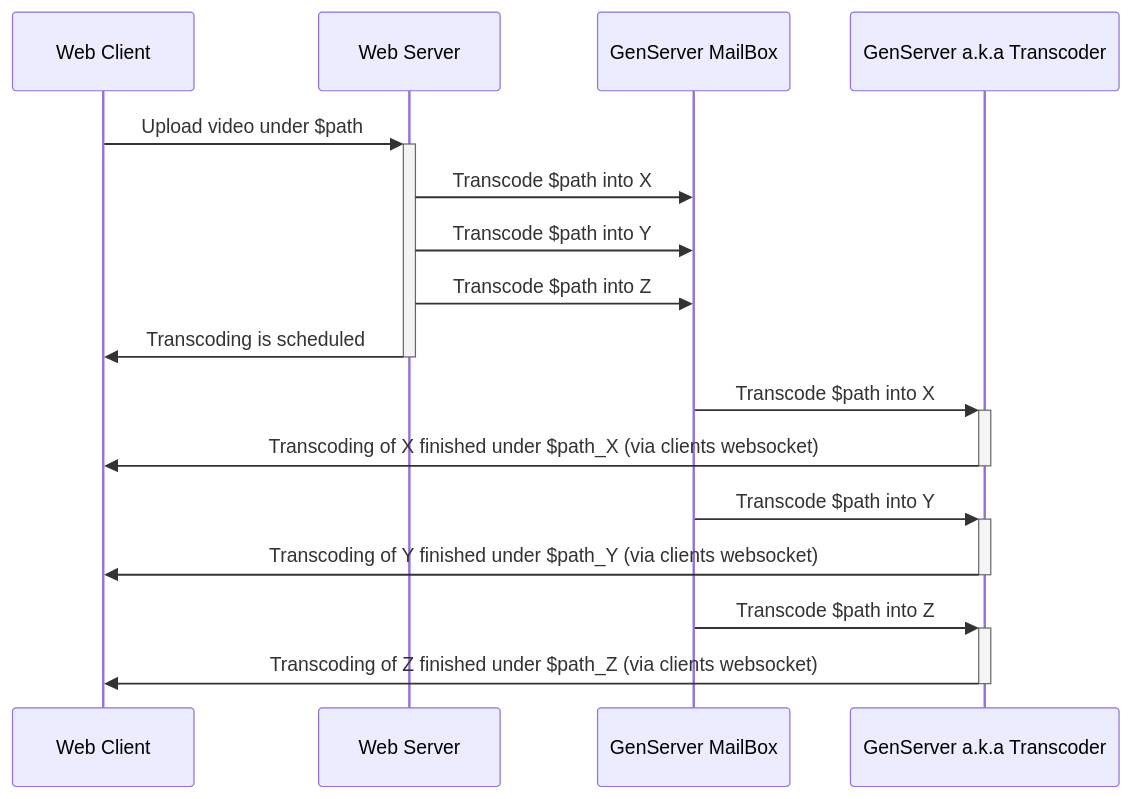
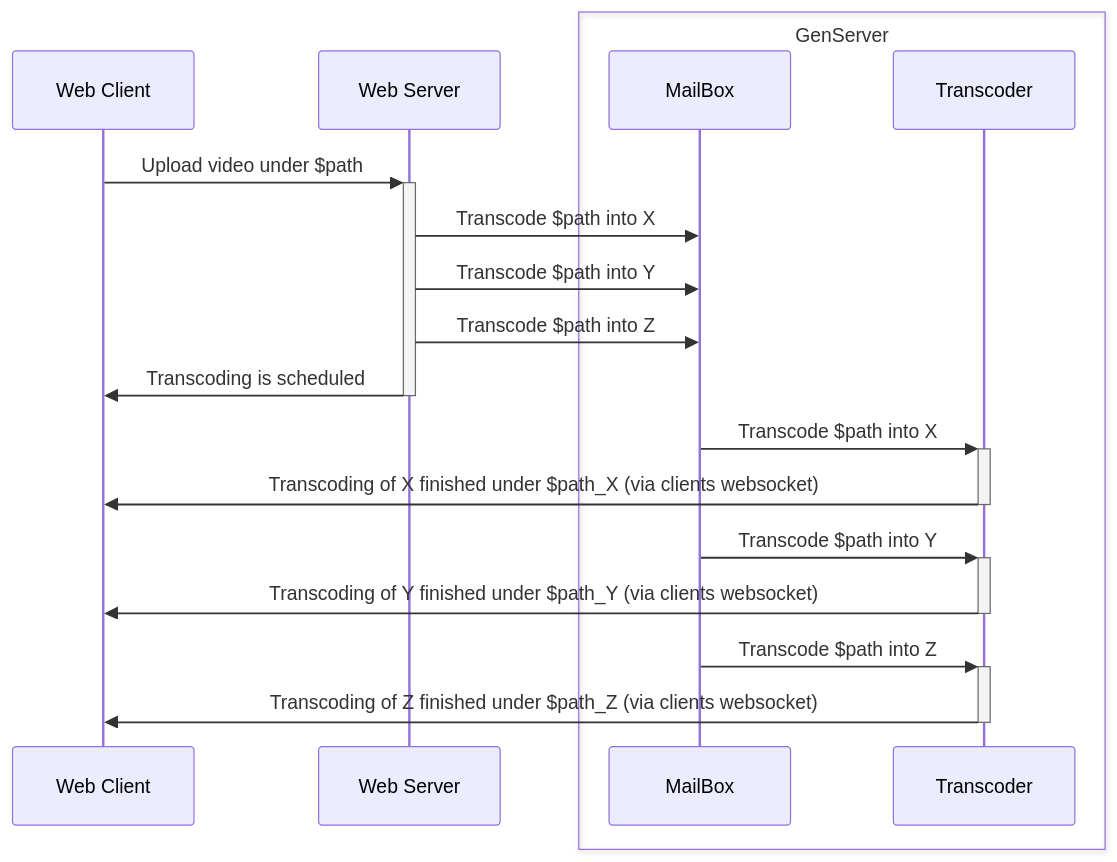
One commit to dimamik/learn_elixir changed the diagram in Readme.md. Above: the diagram before and after it, drawn with Mermaid. The commit also changed 1 other file, not shown here.

Commit message:
Extra clarity added to the diagram (#4)

````diff
--- a/Readme.md
+++ b/Readme.md
@@ -47,36 +47,38 @@
 ```mermaid
 %% sequenceDiagram
 %%     Client ->> GenServer queue: Transcode video "path" in quality X
 %%     Client ->> GenServer queue: Transcode video "path" in quality Y
 %%     Client ->> GenServer queue: Transcode video "path" in quality Z
 
 
 sequenceDiagram
     participant client as Web Client
     participant server as Web Server
-    participant gen_mailbox as GenServer MailBox
-    participant gen as GenServer a.k.a Transcoder
+    box GenServer
+        participant gen_mailbox as MailBox
+        participant gen as Transcoder
+    end
 
 
     client ->>+server: Upload video under $path
 
     server ->>gen_mailbox: Transcode $path into X
     server ->>gen_mailbox: Transcode $path into Y
     server ->>gen_mailbox: Transcode $path into Z
 
     server ->>-client: Transcoding is scheduled
 
     gen_mailbox ->>+gen: Transcode $path into X 
     gen ->>-client: Transcoding of X finished under $path_X (via clients websocket)
 
     gen_mailbox ->>+gen: Transcode $path into Y 
     gen ->>-client: Transcoding of Y finished under $path_Y (via clients websocket)
 
     gen_mailbox ->>+gen: Transcode $path into Z 
     gen ->>-client: Transcoding of Z finished under $path_Z (via clients websocket)
 
     %% Note over web,db: The user must be logged in to submit blog posts
     %% web->>+account: Logs in using credentials
     %% account->>db: Query stored accounts
     %% db->>account: Respond with query result
 ```
````
